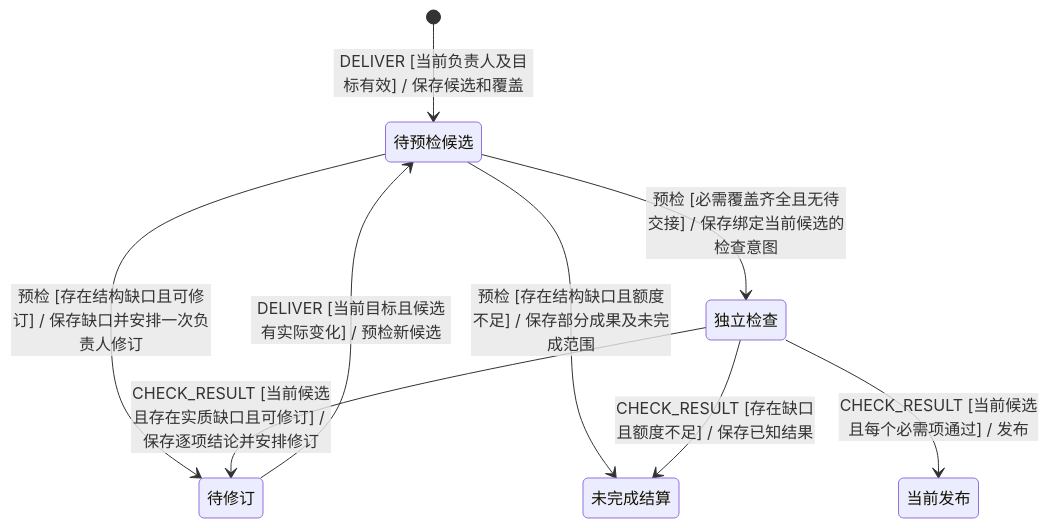
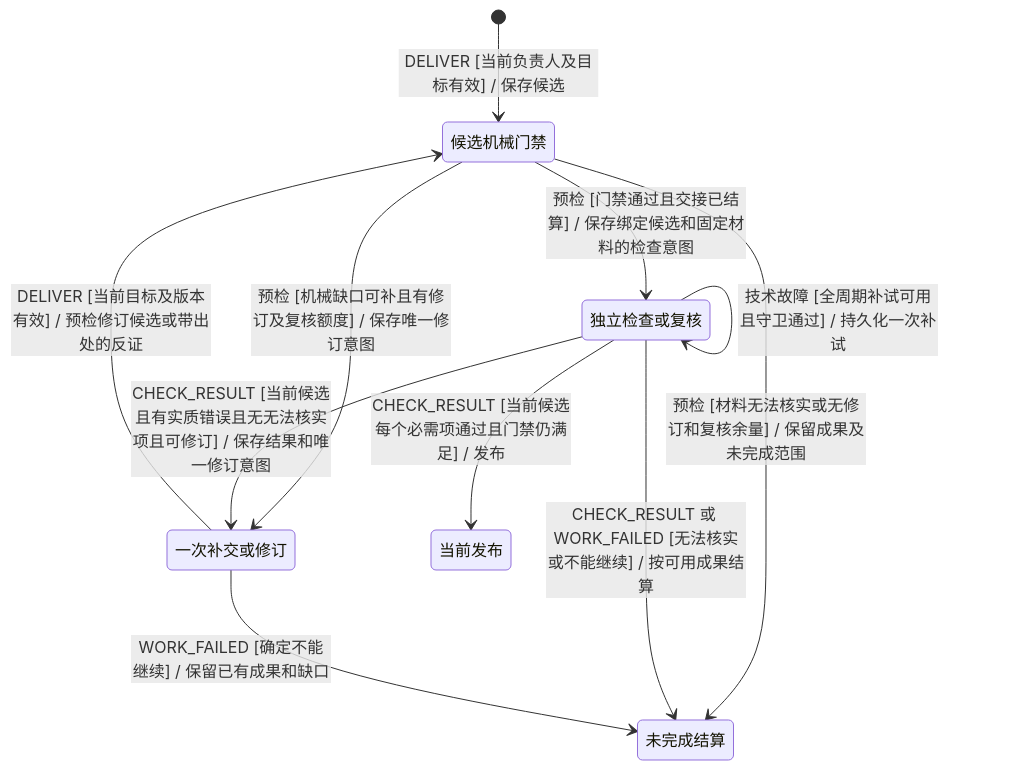
Before and after one commit to kejun/squad: diagram 12 of 43 in docs/state-diagrams.md, drawn with Mermaid. The commit also changed other lines of this file and 6 other files, not shown here.

````diff
--- a/docs/state-diagrams.md
+++ b/docs/state-diagrams.md
@@ -278,16 +278,18 @@
 ```mermaid
 stateDiagram-v2
-    state "待预检候选" as Candidate
-    state "待修订" as Revision
-    state "独立检查" as Check
+    state "候选机械门禁" as Candidate
+    state "一次补交或修订" as Revision
+    state "独立检查或复核" as Check
     state "当前发布" as Published
     state "未完成结算" as Incomplete
-    [*] --> Candidate: DELIVER [当前负责人及目标有效] / 保存候选和覆盖
-    Candidate --> Revision: 预检 [存在结构缺口且可修订] / 保存缺口并安排一次负责人修订
-    Candidate --> Incomplete: 预检 [存在结构缺口且额度不足] / 保存部分成果及未完成范围
-    Candidate --> Check: 预检 [必需覆盖齐全且无待交接] / 保存绑定当前候选的检查意图
-    Check --> Revision: CHECK_RESULT [当前候选且存在实质缺口且可修订] / 保存逐项结论并安排修订
-    Check --> Published: CHECK_RESULT [当前候选且每个必需项通过] / 发布
-    Check --> Incomplete: CHECK_RESULT [存在缺口且额度不足] / 保存已知结果
-    Revision --> Candidate: DELIVER [当前目标且候选有实际变化] / 预检新候选
+    [*] --> Candidate: DELIVER [当前负责人及目标有效] / 保存候选
+    Candidate --> Revision: 预检 [机械缺口可补且有修订及复核额度] / 保存唯一修订意图
+    Candidate --> Incomplete: 预检 [材料无法核实或无修订和复核余量] / 保留成果及未完成范围
+    Candidate --> Check: 预检 [门禁通过且交接已结算] / 保存绑定候选和固定材料的检查意图
+    Check --> Check: 技术故障 [全周期补试可用且守卫通过] / 持久化一次补试
+    Check --> Revision: CHECK_RESULT [当前候选且有实质错误且无无法核实项且可修订] / 保存结果和唯一修订意图
+    Check --> Published: CHECK_RESULT [当前候选每个必需项通过且门禁仍满足] / 发布
+    Check --> Incomplete: CHECK_RESULT 或 WORK_FAILED [无法核实或不能继续] / 按可用成果结算
+    Revision --> Candidate: DELIVER [当前目标及版本有效] / 预检修订候选或带出处的反证
+    Revision --> Incomplete: WORK_FAILED [确定不能继续] / 保留已有成果和缺口
 ```
````
